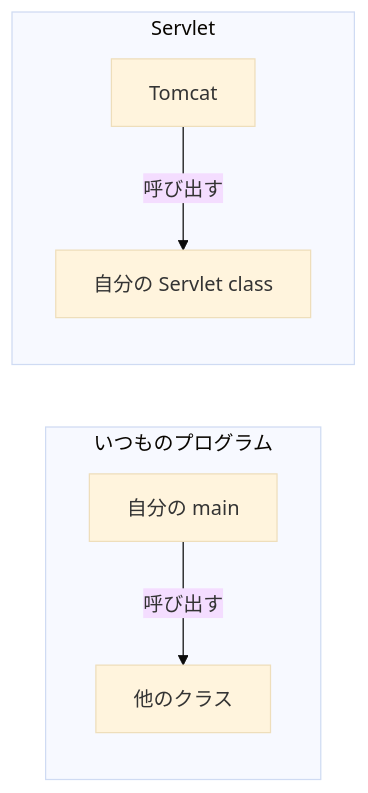
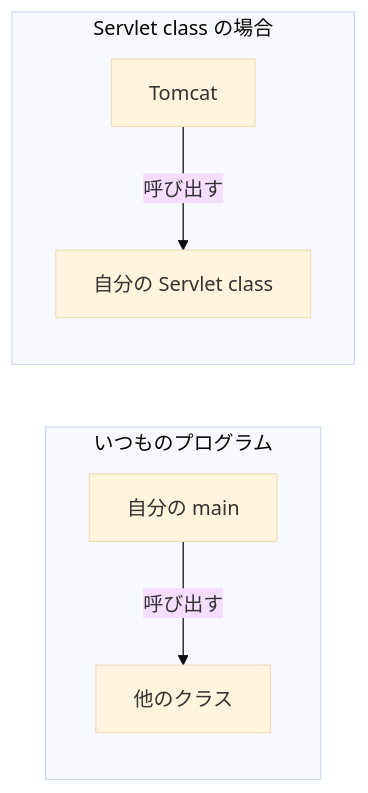
One commit to Appricot144/teaching-material changed the diagram in servlet/02-servlet-and-tomcat/02-what-is-servlet.md. Above: the diagram before and after it, drawn with Mermaid (base theme). The commit also changed other lines of this file and 3 other files, not shown here.

````diff
--- a/servlet/02-servlet-and-tomcat/02-what-is-servlet.md
+++ b/servlet/02-servlet-and-tomcat/02-what-is-servlet.md
@@ -48,9 +50,9 @@
 ```mermaid
 flowchart LR
     subgraph L["いつものプログラム"]
         A1["自分の main"] -- 呼び出す --> B1["他のクラス"]
     end
-    subgraph F["Servlet"]
+    subgraph F["Servlet class の場合"]
         A2["Tomcat"] -- 呼び出す --> B2["自分の Servlet class"]
     end
 ```
````
